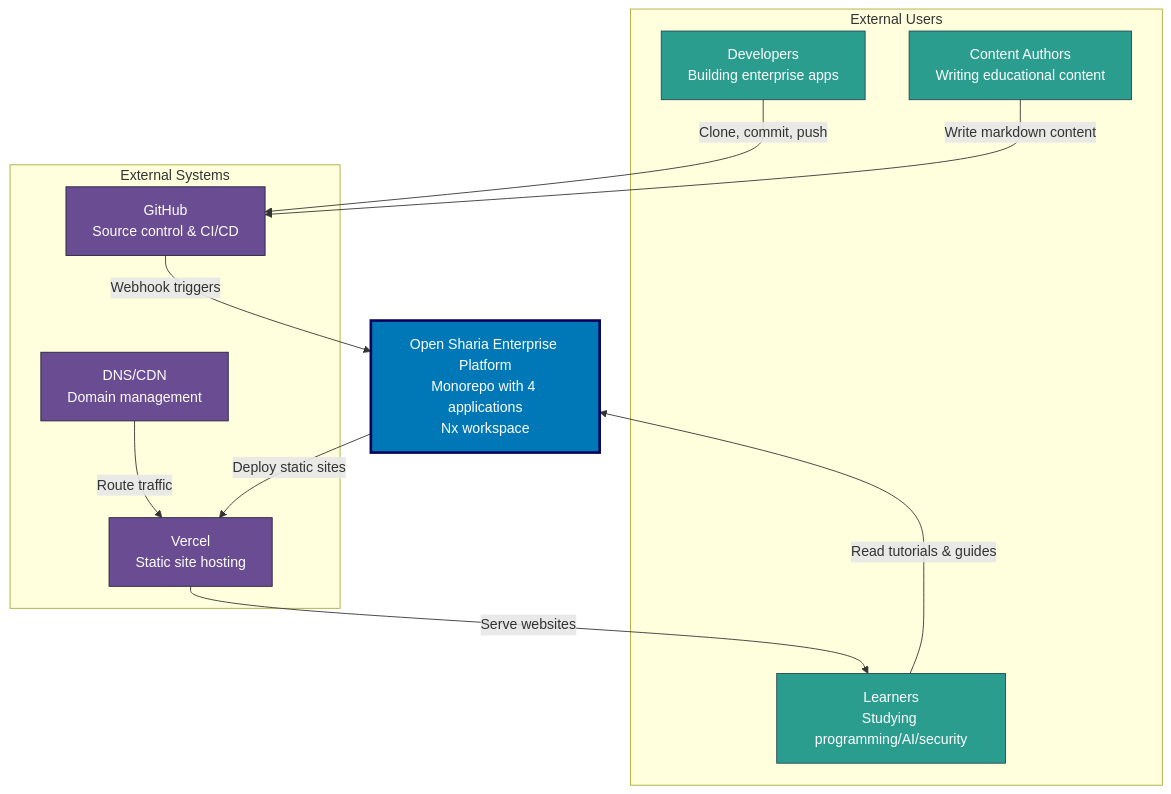
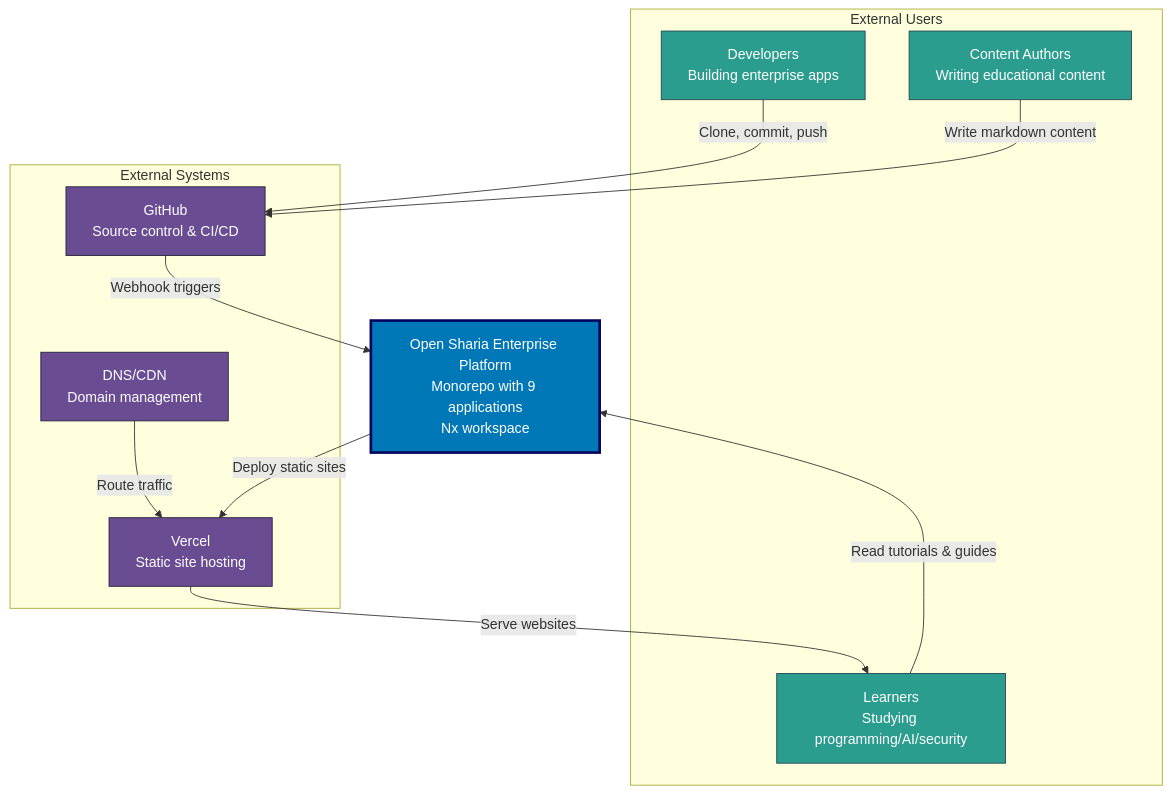
The first of 13 diagrams in docs/reference/re__system-architecture.md (wahidyankf/open-sharia-enterprise), drawn with Mermaid before and after one commit. The commit also changed other lines of this file and 3 other files, not shown here.

````diff
--- a/docs/reference/re__system-architecture.md
+++ b/docs/reference/re__system-architecture.md
@@ -27,33 +27,33 @@
 ```mermaid
 graph TB
     subgraph "External Users"
         DEVS[Developers<br/>Building enterprise apps]
         AUTHORS[Content Authors<br/>Writing educational content]
         LEARNERS[Learners<br/>Studying programming/AI/security]
     end
 
-    OSE_PLATFORM[Open Sharia Enterprise Platform<br/>Monorepo with 4 applications<br/>Nx workspace]
+    OSE_PLATFORM[Open Sharia Enterprise Platform<br/>Monorepo with 9 applications<br/>Nx workspace]
 
     subgraph "External Systems"
         GITHUB[GitHub<br/>Source control & CI/CD]
         VERCEL[Vercel<br/>Static site hosting]
         DNS[DNS/CDN<br/>Domain management]
     end
 
     DEVS -->|Clone, commit, push| GITHUB
     AUTHORS -->|Write markdown content| GITHUB
     LEARNERS -->|Read tutorials & guides| OSE_PLATFORM
 
     GITHUB -->|Webhook triggers| OSE_PLATFORM
     OSE_PLATFORM -->|Deploy static sites| VERCEL
     VERCEL -->|Serve websites| LEARNERS
     DNS -->|Route traffic| VERCEL
 
     style OSE_PLATFORM fill:#0077b6,stroke:#03045e,color:#ffffff,stroke-width:3px
     style DEVS fill:#2a9d8f,stroke:#264653,color:#ffffff
     style AUTHORS fill:#2a9d8f,stroke:#264653,color:#ffffff
     style LEARNERS fill:#2a9d8f,stroke:#264653,color:#ffffff
     style GITHUB fill:#6a4c93,stroke:#22223b,color:#ffffff
     style VERCEL fill:#6a4c93,stroke:#22223b,color:#ffffff
     style DNS fill:#6a4c93,stroke:#22223b,color:#ffffff
 ```
````
